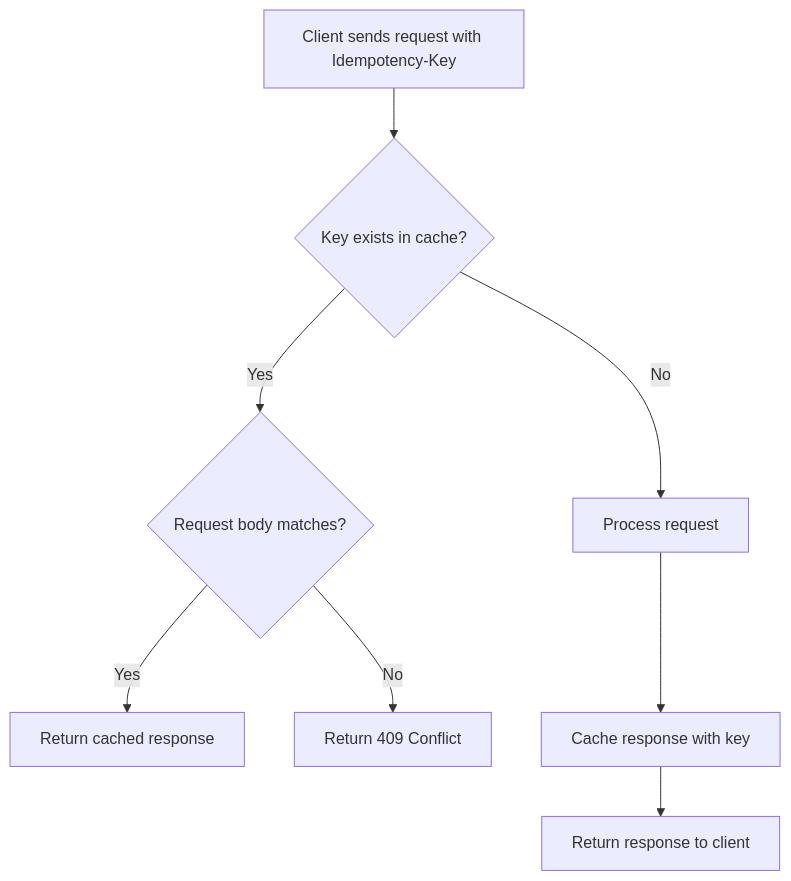
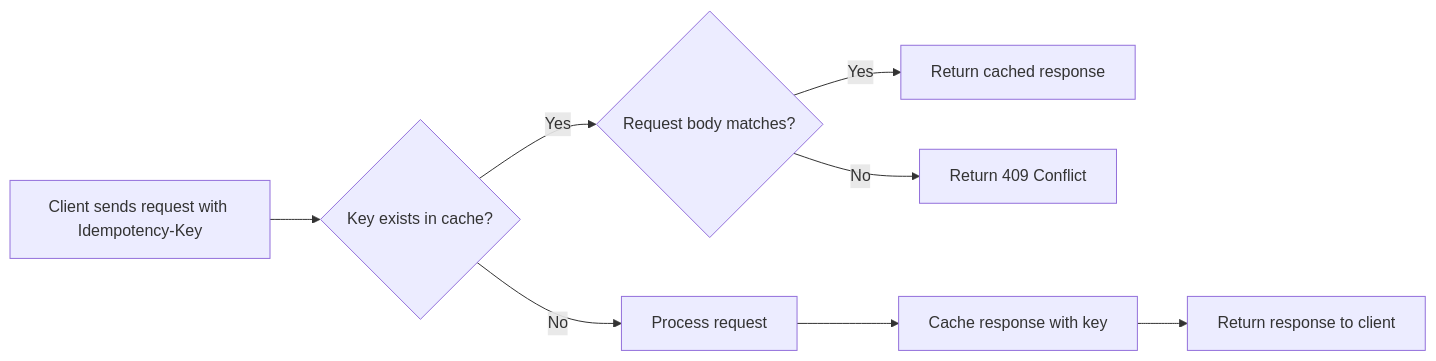
The diagram in docs/development/idempotency.md (natelandau/valentina-noir), drawn with Mermaid before and after one commit. The commit also changed 12 other files, not shown here.

````diff
--- a/docs/development/idempotency.md
+++ b/docs/development/idempotency.md
@@ -19,10 +19,10 @@
 ```mermaid
-flowchart TD
+flowchart LR
     A[Client sends request with Idempotency-Key] --> B{Key exists in cache?}
     B -->|Yes| C{Request body matches?}
     C -->|Yes| D[Return cached response]
     C -->|No| E[Return 409 Conflict]
     B -->|No| F[Process request]
     F --> G[Cache response with key]
     G --> H[Return response to client]
 ```
````
